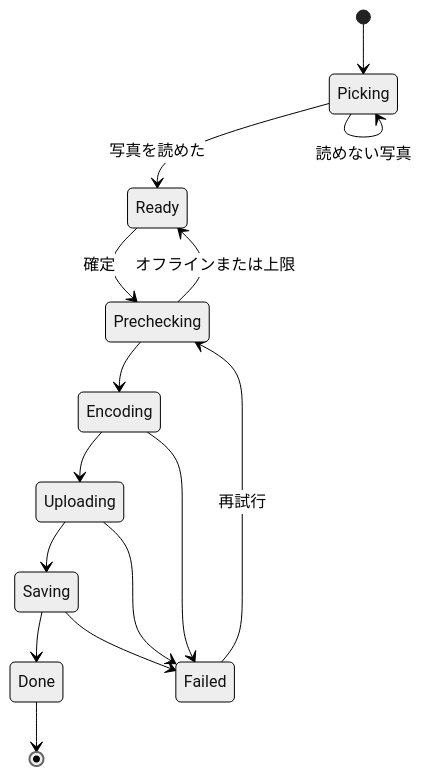
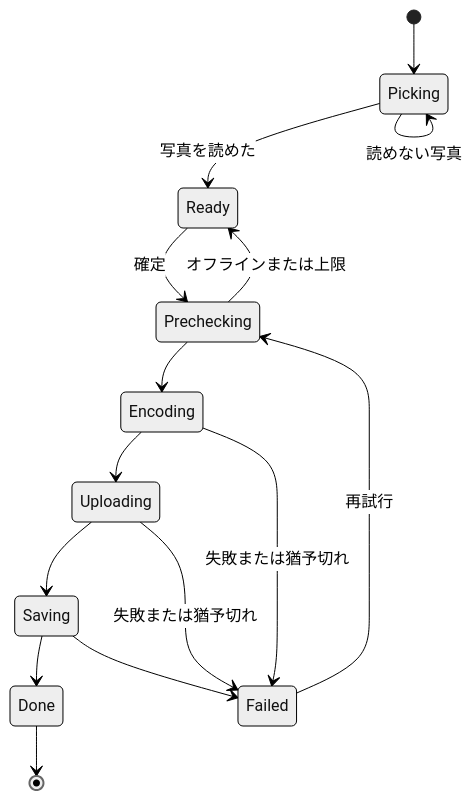
One commit to kamui00002/soramoyou changed the fifth of 7 diagrams in .kiro/specs/soratomo/design.md. Above: the diagram before and after it, drawn with Mermaid (neutral theme). The commit also changed other lines of this file and 3 other files, not shown here.

````diff
--- a/.kiro/specs/soratomo/design.md
+++ b/.kiro/specs/soratomo/design.md
@@ -271,17 +272,17 @@
 ```mermaid
 stateDiagram-v2
     [*] --> Picking
     Picking --> Ready: 写真を読めた
     Picking --> Picking: 読めない写真
     Ready --> Prechecking: 確定
     Prechecking --> Ready: オフラインまたは上限
     Prechecking --> Encoding
     Encoding --> Uploading
     Uploading --> Saving
     Saving --> Done
-    Encoding --> Failed
-    Uploading --> Failed
+    Encoding --> Failed: 失敗または猶予切れ
+    Uploading --> Failed: 失敗または猶予切れ
     Saving --> Failed
     Failed --> Prechecking: 再試行
     Done --> [*]
 ```
````
